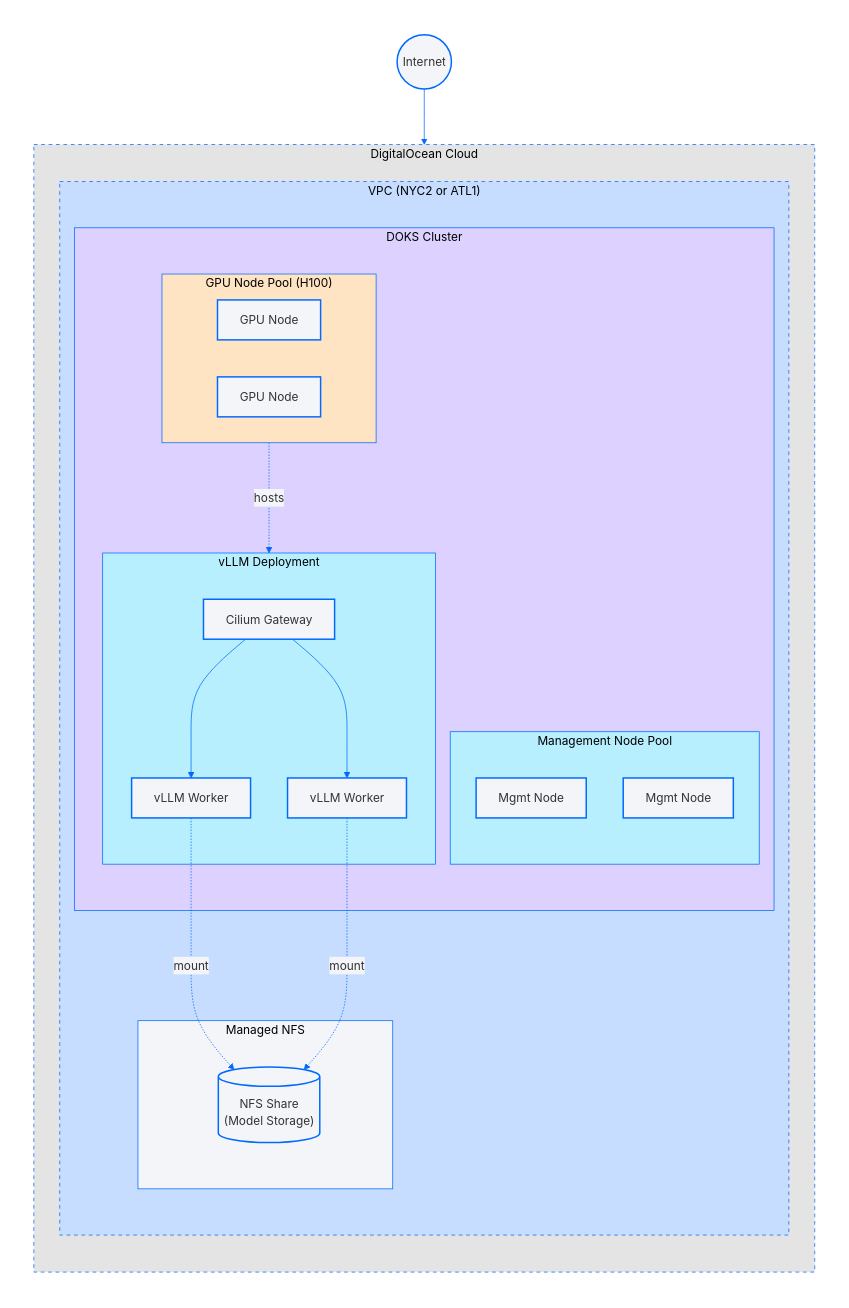
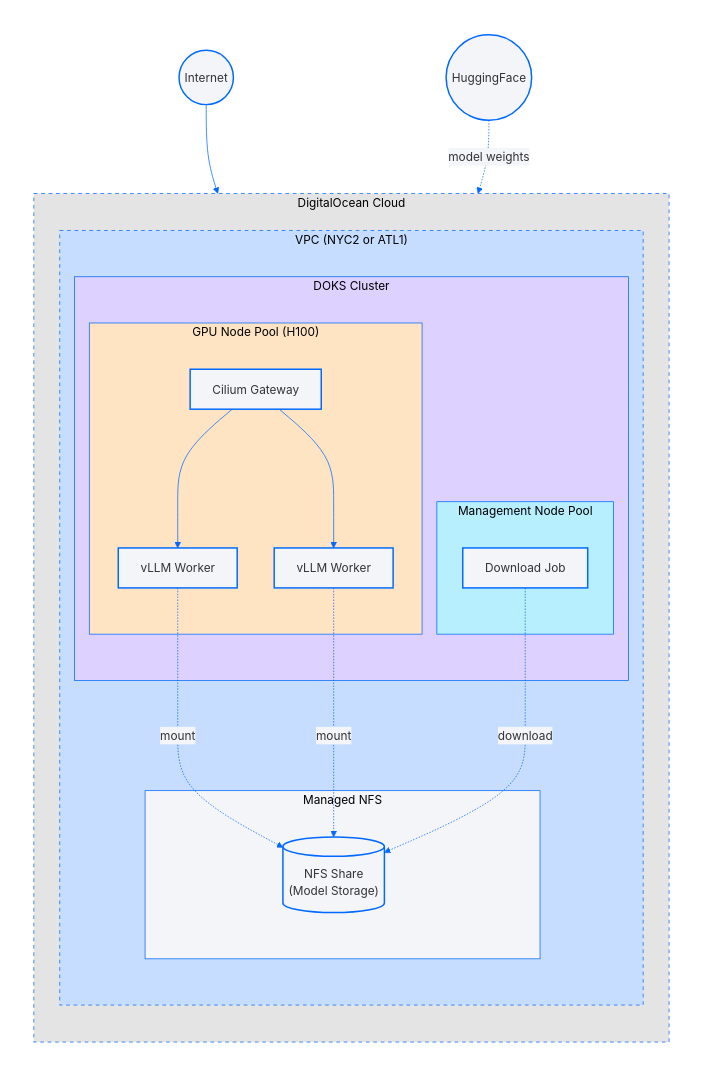
The diagram in reference-architectures/vllm-nfs/README.md (digitalocean/scale-with-simplicity), drawn with Mermaid before and after one commit. The commit also changed 1 other file, not shown here.

Commit message:
docs: update vllm-nfs diagram and add to root README table
Add vllm-nfs reference architecture to the root README table.
Restructure the Mermaid diagram to place vLLM components inside
node pools, remove redundant node boxes, and add HuggingFace
model download flow.

````diff
--- a/reference-architectures/vllm-nfs/README.md
+++ b/reference-architectures/vllm-nfs/README.md
@@ -7,76 +7,68 @@
 ```mermaid
 %%{init: {'theme': 'base', 'themeVariables': { 'primaryColor': '#0069FF', 'primaryTextColor': '#333', 'primaryBorderColor': '#0069FF', 'lineColor': '#0069FF', 'secondaryColor': '#F3F5F9', 'tertiaryColor': '#fff', 'fontFamily': 'arial'}}}%%
 flowchart TB
     subgraph Wrapper[" "]
         direction TB
         Internet(("Internet"))
+        HuggingFace(("HuggingFace"))
 
         subgraph DO["DigitalOcean Cloud"]
             direction TB
 
             subgraph VPC["VPC (NYC2 or ATL1)"]
                 direction TB
 
                 subgraph DOKS["DOKS Cluster"]
                     direction TB
 
                     subgraph MgmtPool["Management Node Pool"]
                         direction LR
-                        MgmtNode1["Mgmt Node"]
-                        MgmtNode2["Mgmt Node"]
+                        DownloadJob["Download Job"]
                     end
 
                     subgraph GPUPool["GPU Node Pool (H100)"]
-                        direction LR
-                        GPUNode1["GPU Node"]
-                        GPUNode2["GPU Node"]
-                    end
-
-                    subgraph vLLM["vLLM Deployment"]
                         direction LR
                         Gateway["Cilium Gateway"]
                         vLLMWorker1["vLLM Worker"]
                         vLLMWorker2["vLLM Worker"]
                     end
                 end
 
                 subgraph Storage["Managed NFS"]
                     NFS[("NFS Share<br/>(Model Storage)")]
                 end
             end
         end
 
         %% Traffic flow
         Internet --> Gateway
         Gateway --> vLLMWorker1
         Gateway --> vLLMWorker2
 
         %% NFS mounts
         vLLMWorker1 -.->|mount| NFS
         vLLMWorker2 -.->|mount| NFS
 
-        %% Workers run on GPU nodes
-        GPUPool -.->|hosts| vLLM
+        %% Model download
+        HuggingFace -.->|model weights| DownloadJob
+        DownloadJob -.->|download| NFS
     end
 
     %% Styling - Subgraphs
     style Wrapper fill:#FFFFFF,stroke:#FFFFFF
     style DO fill:#E5E4E4,stroke:#0069FF,stroke-width:1px,stroke-dasharray:5
     style VPC fill:#C6DDFF,stroke:#0069FF,stroke-width:1px,stroke-dasharray:5
     style DOKS fill:#DCD1FF,stroke:#0069FF,stroke-width:1px
     style MgmtPool fill:#B7EFFE,stroke:#0069FF,stroke-width:1px
     style GPUPool fill:#FFE4C4,stroke:#0069FF,stroke-width:1px
-    style vLLM fill:#B7EFFE,stroke:#0069FF,stroke-width:1px
     style Storage fill:#F3F5F9,stroke:#0069FF,stroke-width:1px
 
     %% Styling - Components
     style Internet fill:#F3F5F9,stroke:#0069FF,stroke-width:2px
-    style MgmtNode1 fill:#F3F5F9,stroke:#0069FF,stroke-width:2px
-    style MgmtNode2 fill:#F3F5F9,stroke:#0069FF,stroke-width:2px
-    style GPUNode1 fill:#F3F5F9,stroke:#0069FF,stroke-width:2px
-    style GPUNode2 fill:#F3F5F9,stroke:#0069FF,stroke-width:2px
+    style HuggingFace fill:#F3F5F9,stroke:#0069FF,stroke-width:2px
+    style DownloadJob fill:#F3F5F9,stroke:#0069FF,stroke-width:2px
     style Gateway fill:#F3F5F9,stroke:#0069FF,stroke-width:2px
     style vLLMWorker1 fill:#F3F5F9,stroke:#0069FF,stroke-width:2px
     style vLLMWorker2 fill:#F3F5F9,stroke:#0069FF,stroke-width:2px
     style NFS fill:#F3F5F9,stroke:#0069FF,stroke-width:2px
 ```
````
